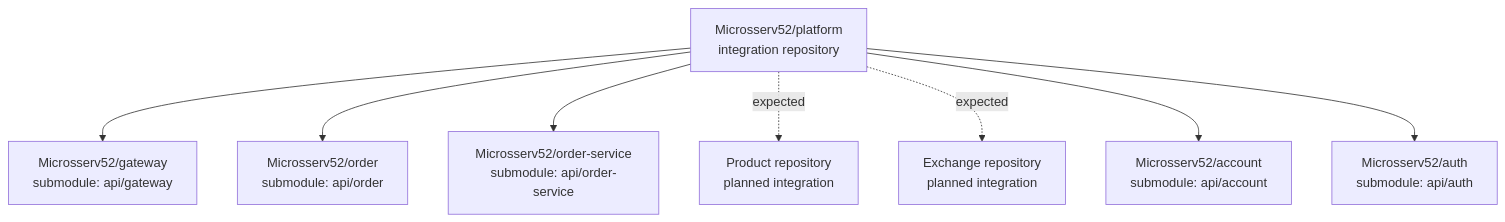
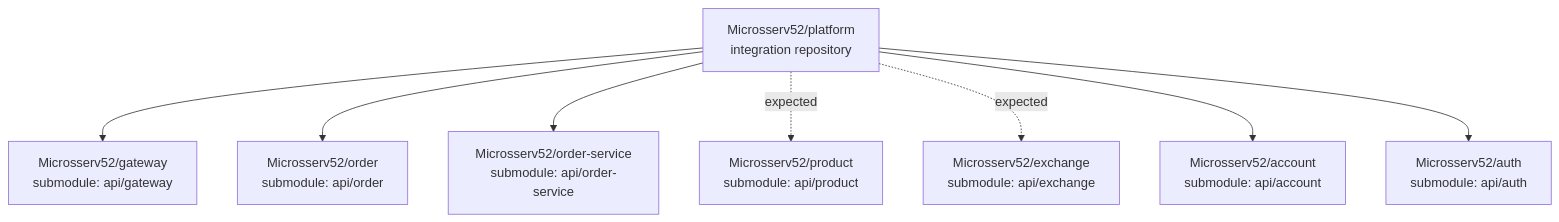
Before and after one commit to Microsserv52/platform: the second of 5 diagrams in docs/project/architecture.md, drawn with Mermaid. The commit also changed other lines of this file and 10 other files, not shown here.

````diff
--- a/docs/project/architecture.md
+++ b/docs/project/architecture.md
@@ -90,19 +90,19 @@
 ```mermaid
 flowchart TB
     platform["Microsserv52/platform\nintegration repository"]
     gatewayRepo["Microsserv52/gateway\nsubmodule: api/gateway"]
     orderRepo["Microsserv52/order\nsubmodule: api/order"]
     orderServiceRepo["Microsserv52/order-service\nsubmodule: api/order-service"]
-    productRepo["Product repository\nplanned integration"]
-    exchangeRepo["Exchange repository\nplanned integration"]
+    productRepo["Microsserv52/product\nsubmodule: api/product"]
+    exchangeRepo["Microsserv52/exchange\nsubmodule: api/exchange"]
     accountRepo["Microsserv52/account\nsubmodule: api/account"]
     authRepo["Microsserv52/auth\nsubmodule: api/auth"]
 
     platform --> gatewayRepo
     platform --> orderRepo
     platform --> orderServiceRepo
     platform -. expected .-> productRepo
     platform -. expected .-> exchangeRepo
     platform --> accountRepo
     platform --> authRepo
 ```
````
